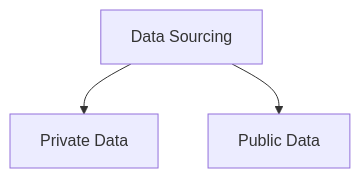
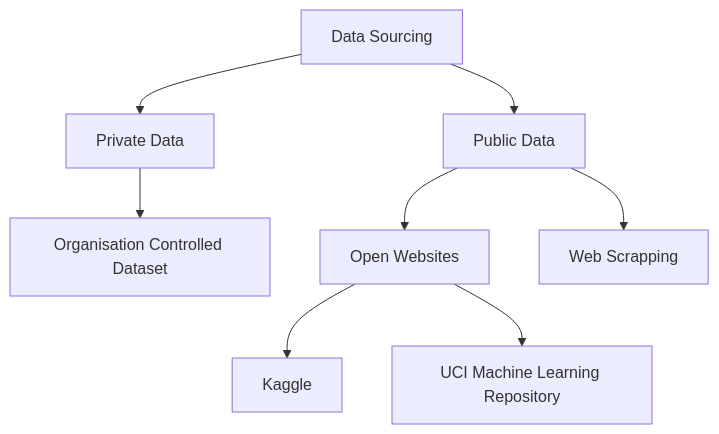
Before and after one commit to datagrad/EDA-of-Bank-Telemarketing-Campaign: the second of 2 diagrams in README.md, drawn with Mermaid. The commit also changed other lines of this file, not shown here.

````diff
--- a/README.md
+++ b/README.md
@@ -53,9 +53,14 @@
  ```mermaid
 flowchart TD
 A[Data Sourcing] --> B[Private Data];
 
+B[Private Data] --> H[Organisation Controlled Dataset];
+
 
 A[Data Sourcing] --> C[Public Data];
+C[Public Data] --> D[Open Websites];
+C[Public Data] --> E[Web Scrapping];
 
-
+D[Open Websites] --> F[Kaggle];
+D[Open Websites] --> G[UCI Machine Learning Repository];
 ```
````
